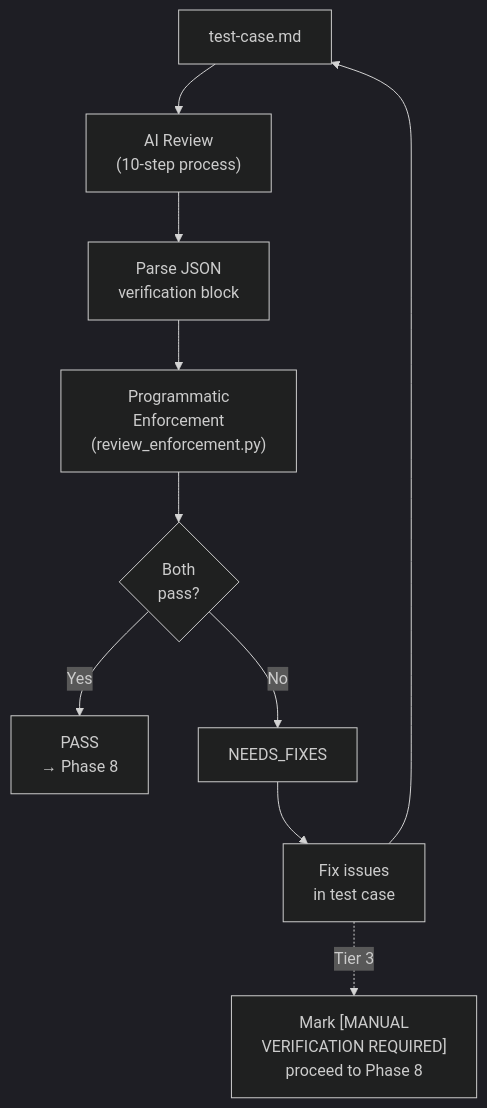
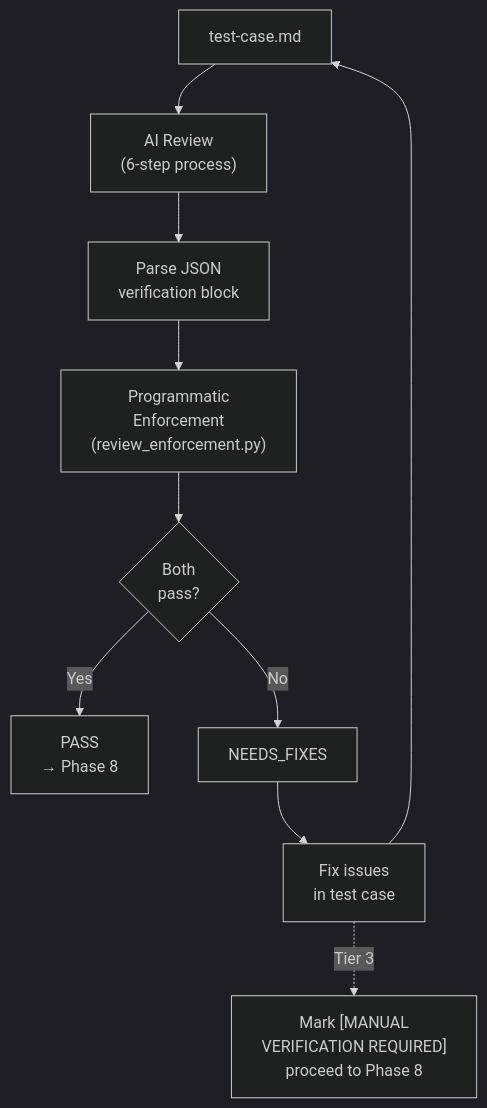
The seventh of 7 diagrams in docs/test-case-generator/07-SKILL-ARCHITECTURE.md (stolostron/acm-ai-qe), drawn with Mermaid (dark theme) before and after one commit. The commit also changed other lines of this file and 170 other files, not shown here.

````diff
--- a/docs/test-case-generator/07-SKILL-ARCHITECTURE.md
+++ b/docs/test-case-generator/07-SKILL-ARCHITECTURE.md
@@ -643,14 +607,14 @@
 ```mermaid
 flowchart TD
-    TC[test-case.md] --> AIR["AI Review\n(10-step process)"]
+    TC[test-case.md] --> AIR["AI Review\n(6-step process)"]
     AIR --> JSON["Parse JSON\nverification block"]
     JSON --> PE["Programmatic\nEnforcement\n(review_enforcement.py)"]
     PE --> CHECK{Both\npass?}
 
     CHECK -->|Yes| PASS["PASS\n→ Phase 8"]
     CHECK -->|No| FIXES["NEEDS_FIXES"]
     FIXES --> FIX["Fix issues\nin test case"]
     FIX --> TC
 
     FIX -.Tier 3.-> ABORT["Mark [MANUAL\nVERIFICATION REQUIRED]\nproceed to Phase 8"]
 ```
````
